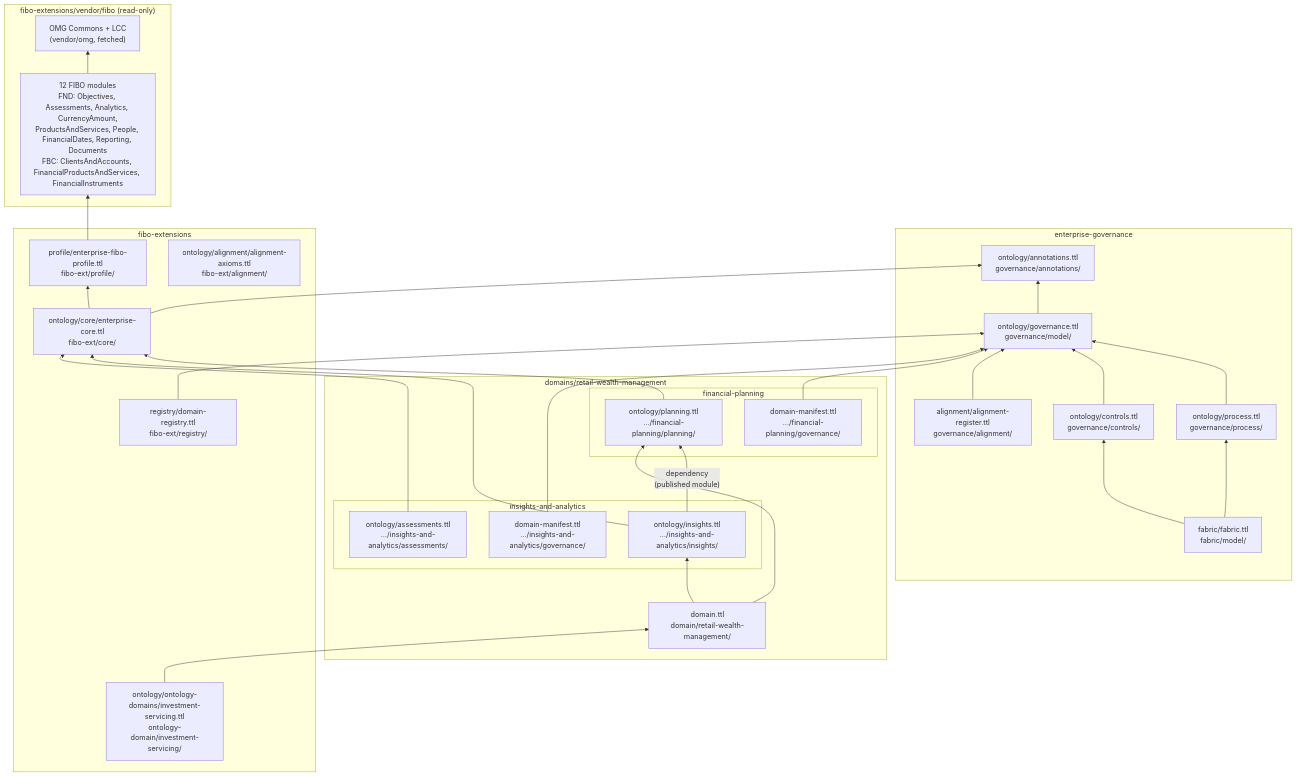
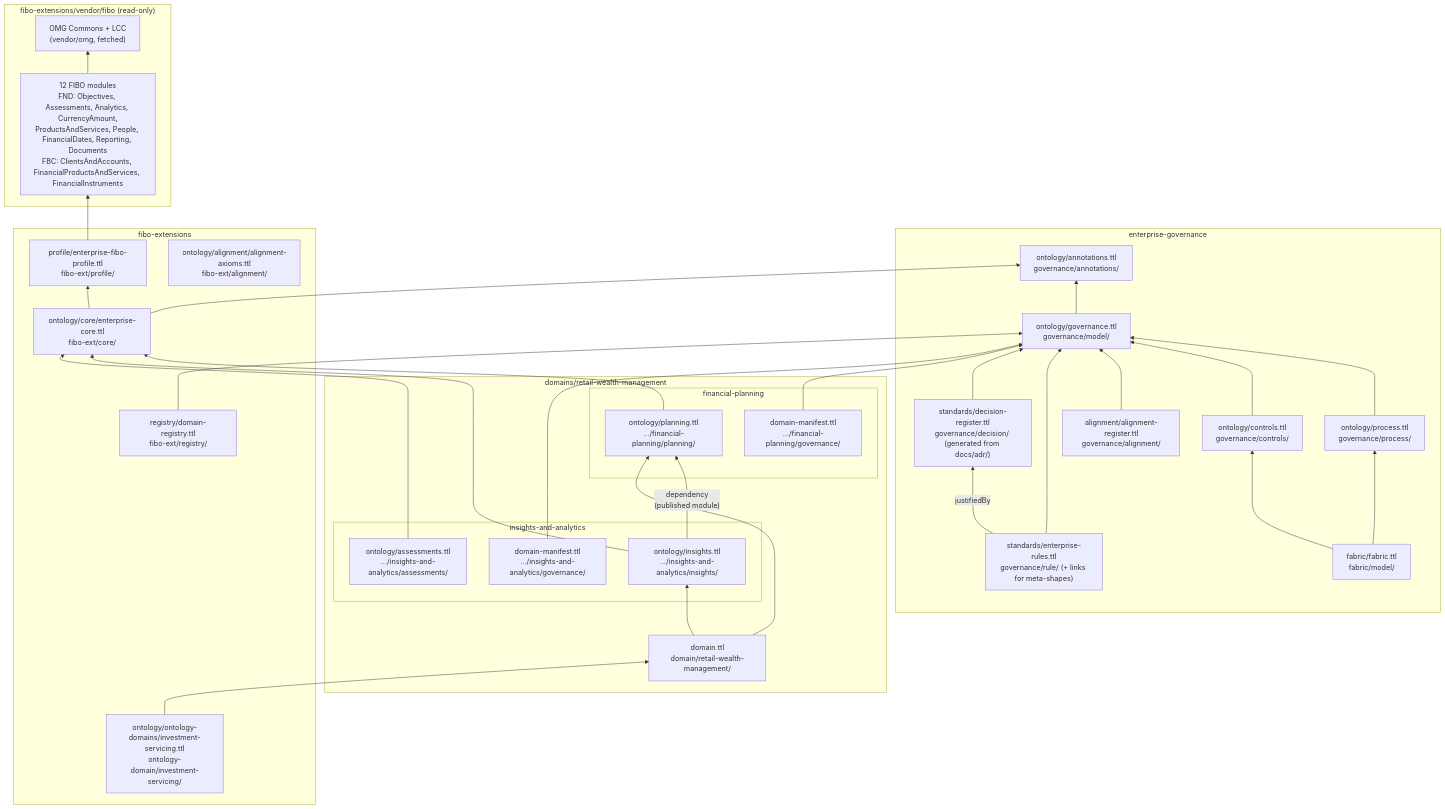
The first of 6 diagrams in docs/framework/06-physical-model.md (mevansam/semantic-layer-sandbox), drawn with Mermaid before and after one commit. The commit also changed 37 other files, not shown here.

````diff
--- a/docs/framework/06-physical-model.md
+++ b/docs/framework/06-physical-model.md
@@ -17,54 +17,59 @@
 ```mermaid
 flowchart BT
     subgraph FIBOV["fibo-extensions/vendor/fibo (read-only)"]
         FIBOM["12 FIBO modules<br/>FND: Objectives, Assessments, Analytics, CurrencyAmount,<br/>ProductsAndServices, People, FinancialDates, Reporting, Documents<br/>FBC: ClientsAndAccounts, FinancialProductsAndServices, FinancialInstruments"]
         OMG["OMG Commons + LCC<br/>(vendor/omg, fetched)"]
     end
     subgraph GOVR["enterprise-governance"]
         ANN["ontology/annotations.ttl<br/>governance/annotations/"]
         GOVM["ontology/governance.ttl<br/>governance/model/"]
         PROC["ontology/process.ttl<br/>governance/process/"]
         CTL["ontology/controls.ttl<br/>governance/controls/"]
         FABM["fabric/fabric.ttl<br/>fabric/model/"]
         ALR["alignment/alignment-register.ttl<br/>governance/alignment/"]
+        RULES["standards/enterprise-rules.ttl<br/>governance/rule/ (+ links for meta-shapes)"]
+        DREG["standards/decision-register.ttl<br/>governance/decision/ (generated from docs/adr/)"]
     end
     subgraph FXR["fibo-extensions"]
         PROF["profile/enterprise-fibo-profile.ttl<br/>fibo-ext/profile/"]
         CORE["ontology/core/enterprise-core.ttl<br/>fibo-ext/core/"]
         ALAX["ontology/alignment/alignment-axioms.ttl<br/>fibo-ext/alignment/"]
         REG["registry/domain-registry.ttl<br/>fibo-ext/registry/"]
         ODU["ontology/ontology-domains/investment-servicing.ttl<br/>ontology-domain/investment-servicing/"]
     end
     subgraph RWMR["domains/retail-wealth-management"]
         UMB["domain.ttl<br/>domain/retail-wealth-management/"]
         subgraph FPR["financial-planning"]
             FPO["ontology/planning.ttl<br/>…/financial-planning/planning/"]
             FPMAN["domain-manifest.ttl<br/>…/financial-planning/governance/"]
         end
         subgraph IAR["insights-and-analytics"]
             IAO["ontology/insights.ttl<br/>…/insights-and-analytics/insights/"]
             IAS["ontology/assessments.ttl<br/>…/insights-and-analytics/assessments/"]
             IAMAN["domain-manifest.ttl<br/>…/insights-and-analytics/governance/"]
         end
     end
     FIBOM --> OMG
     PROF --> FIBOM
     CORE --> PROF
     CORE --> ANN
     GOVM --> ANN
     PROC --> GOVM
     CTL --> GOVM
     FABM --> CTL
     FABM --> PROC
     ALR --> GOVM
+    RULES -- "justifiedBy" --> DREG
+    RULES --> GOVM
+    DREG --> GOVM
     REG --> GOVM
     FPO --> CORE
     IAO --> CORE
     IAS --> CORE
     IAO -- "dependency<br/>(published module)" --> FPO
     FPMAN --> GOVM
     IAMAN --> GOVM
     UMB --> FPO
     UMB --> IAO
     ODU --> UMB
 ```
````
